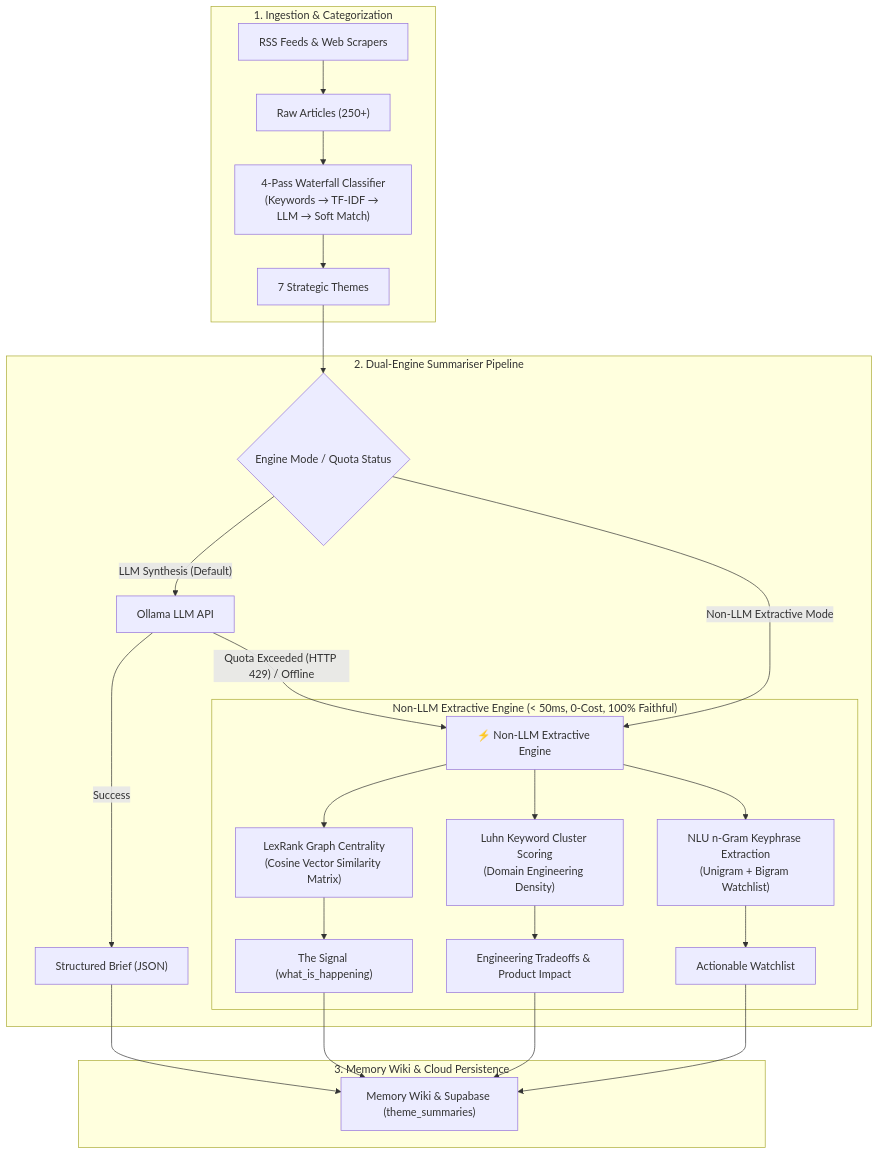
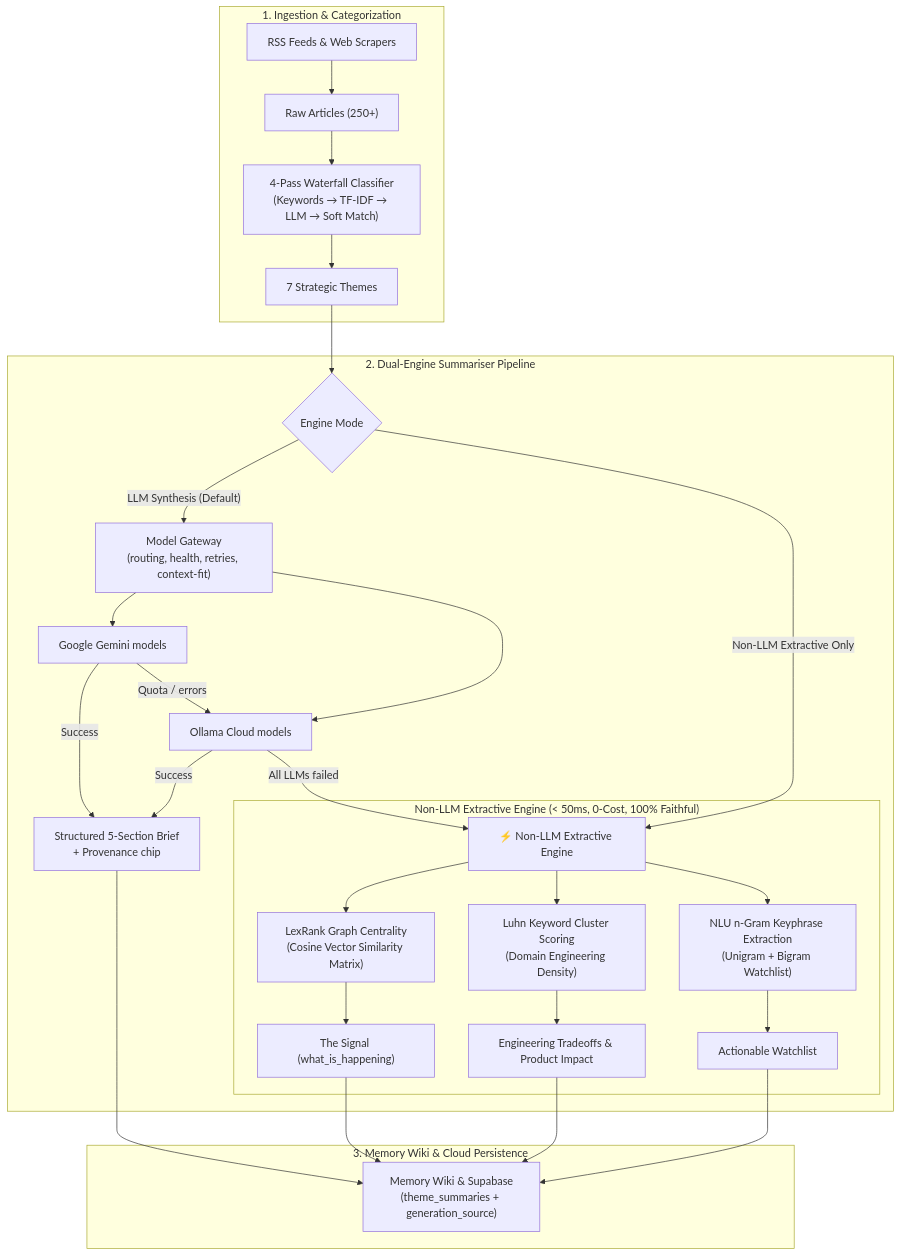
Before and after one commit to yanchangchen/ai-pulse: the diagram in README.md, drawn with Mermaid. The commit also changed other lines of this file and 1 other file, not shown here.

First line of the commit message:
docs: refresh README and CLAUDE.md for the AI gateway architecture

````diff
--- a/README.md
+++ b/README.md
@@ -74,35 +78,39 @@
 ```mermaid
 flowchart TD
     subgraph Ingestion ["1. Ingestion & Categorization"]
         RSS["RSS Feeds & Web Scrapers"] --> Ingest["Raw Articles (250+)"]
         Ingest --> Classifier["4-Pass Waterfall Classifier\n(Keywords → TF-IDF → LLM → Soft Match)"]
         Classifier --> Themed["7 Strategic Themes"]
     end
 
     subgraph Summariser ["2. Dual-Engine Summariser Pipeline"]
-        Themed --> ModeCheck{"Engine Mode / Quota Status"}
-        
-        ModeCheck -- "LLM Synthesis (Default)" --> Ollama["Ollama LLM API"]
-        Ollama -- "Success" --> StructOut["Structured Brief (JSON)"]
-        Ollama -- "Quota Exceeded (HTTP 429) / Offline" --> NonLLMFallback["⚡ Non-LLM Extractive Engine"]
-        
-        ModeCheck -- "Non-LLM Extractive Mode" --> NonLLMFallback
-        
+        Themed --> ModeCheck{"Engine Mode"}
+
+        ModeCheck -- "LLM Synthesis (Default)" --> Gateway["Model Gateway\n(routing, health, retries, context-fit)"]
+        Gateway --> Gemini["Google Gemini models"]
+        Gateway --> Ollama["Ollama Cloud models"]
+        Gemini -- "Success" --> StructOut["Structured 5-Section Brief\n+ Provenance chip"]
+        Ollama -- "Success" --> StructOut
+        Gemini -- "Quota / errors" --> Ollama
+        Ollama -- "All LLMs failed" --> NonLLMFallback["⚡ Non-LLM Extractive Engine"]
+
+        ModeCheck -- "Non-LLM Extractive Only" --> NonLLMFallback
+
         subgraph NonLLMEngine ["Non-LLM Extractive Engine (< 50ms, 0-Cost, 100% Faithful)"]
             NonLLMFallback --> LexRank["LexRank Graph Centrality\n(Cosine Vector Similarity Matrix)"]
             NonLLMFallback --> Luhn["Luhn Keyword Cluster Scoring\n(Domain Engineering Density)"]
             NonLLMFallback --> Keyphrase["NLU n-Gram Keyphrase Extraction\n(Unigram + Bigram Watchlist)"]
-            
+
             LexRank --> Signal["The Signal (what_is_happening)"]
             Luhn --> TechTradeoffs["Engineering Tradeoffs & Product Impact"]
             Keyphrase --> Watchlist["Actionable Watchlist"]
         end
     end
 
     subgraph Storage ["3. Memory Wiki & Cloud Persistence"]
-        StructOut --> Wiki["Memory Wiki & Supabase (theme_summaries)"]
+        StructOut --> Wiki["Memory Wiki & Supabase\n(theme_summaries + generation_source)"]
         Signal --> Wiki
         TechTradeoffs --> Wiki
         Watchlist --> Wiki
     end
 ```
````
